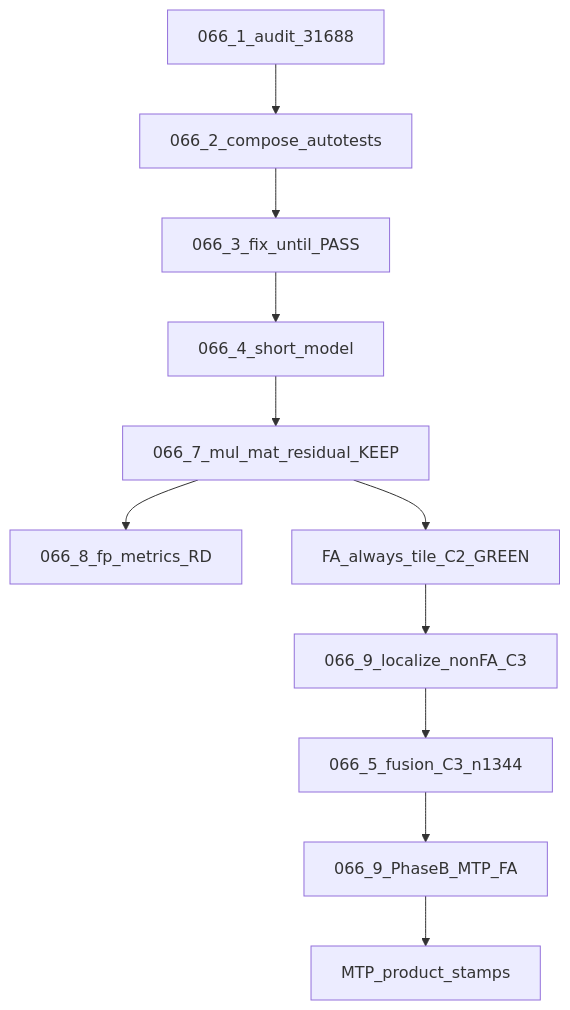
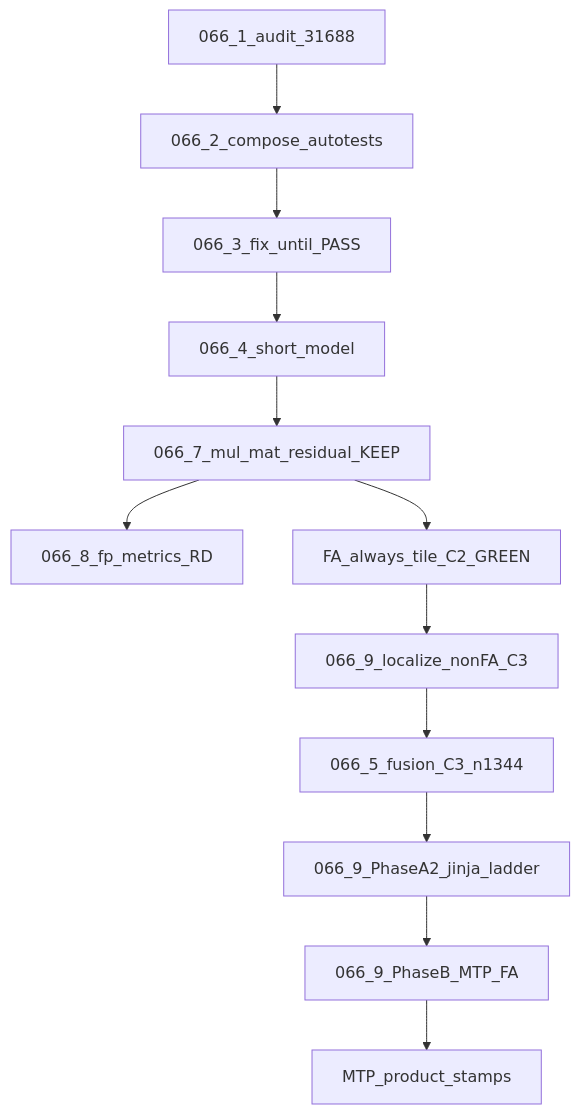
Before and after one commit to Dimon70007/atomic-llama-cpp-turboquant: the diagram in tests/TASK-066.0-overview.md, drawn with Mermaid. The commit also changed other lines of this file and 6 other files, not shown here.

````diff
--- a/tests/TASK-066.0-overview.md
+++ b/tests/TASK-066.0-overview.md
@@ -52,21 +54,23 @@
 ```mermaid
 flowchart TD
   t1[066_1_audit_31688]
   t2[066_2_compose_autotests]
   t3[066_3_fix_until_PASS]
   t4[066_4_short_model]
   t7[066_7_mul_mat_residual_KEEP]
   t8[066_8_fp_metrics_RD]
   tile[FA_always_tile_C2_GREEN]
   loc[066_9_localize_nonFA_C3]
   t5[066_5_fusion_C3_n1344]
+  t9a2[066_9_PhaseA2_jinja_ladder]
   t9b[066_9_PhaseB_MTP_FA]
   mtp[MTP_product_stamps]
   t1 --> t2 --> t3 --> t4 --> t7
   t7 --> t8
   t7 --> tile
   tile --> loc
   loc --> t5
-  t5 --> t9b
+  t5 --> t9a2
+  t9a2 --> t9b
   t9b --> mtp
 ```
````
